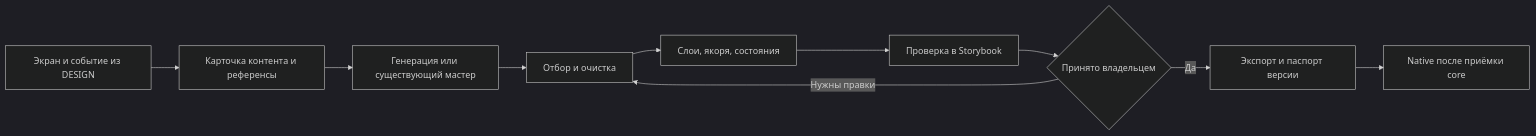
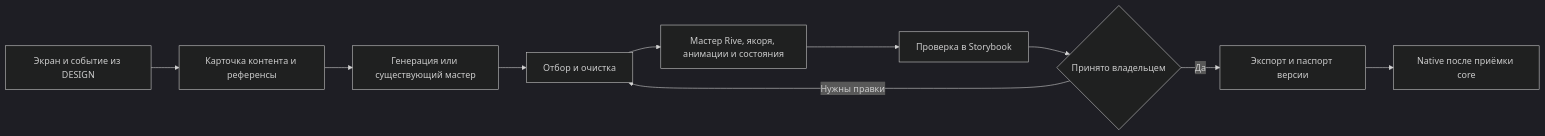
One commit to Mazide/chewy changed the diagram in docs/CONTENT_PIPELINE.md. Above: the diagram before and after it, drawn with Mermaid (dark theme). The commit also changed other lines of this file and 162 other files, not shown here.

````diff
--- a/docs/CONTENT_PIPELINE.md
+++ b/docs/CONTENT_PIPELINE.md
@@ -157,12 +190,12 @@
 ```mermaid
 flowchart LR
   A[Экран и событие из DESIGN] --> B[Карточка контента и референсы]
   B --> C[Генерация или существующий мастер]
   C --> D[Отбор и очистка]
-  D --> E[Слои, якоря, состояния]
+  D --> E[Мастер Rive, якоря, анимации и состояния]
   E --> F[Проверка в Storybook]
   F --> G{Принято владельцем}
   G -->|Нужны правки| D
   G -->|Да| H[Экспорт и паспорт версии]
   H --> I[Native после приёмки core]
 ```
````
